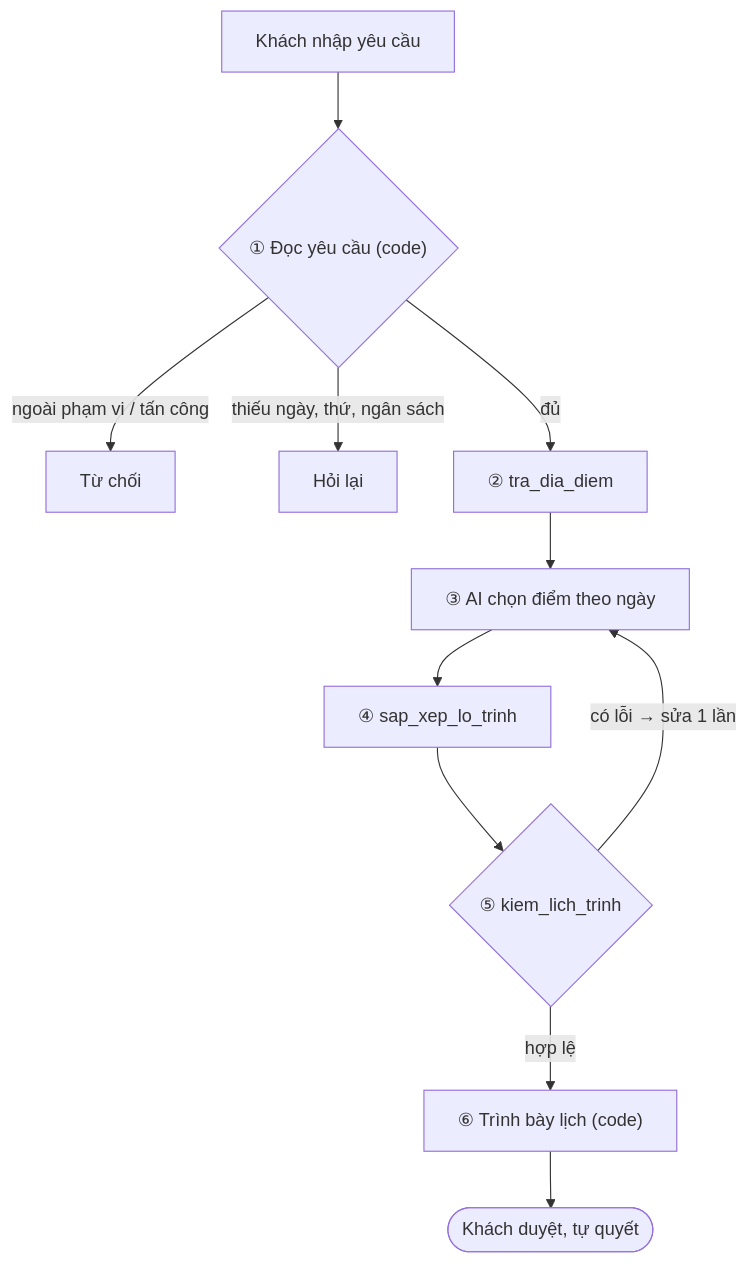
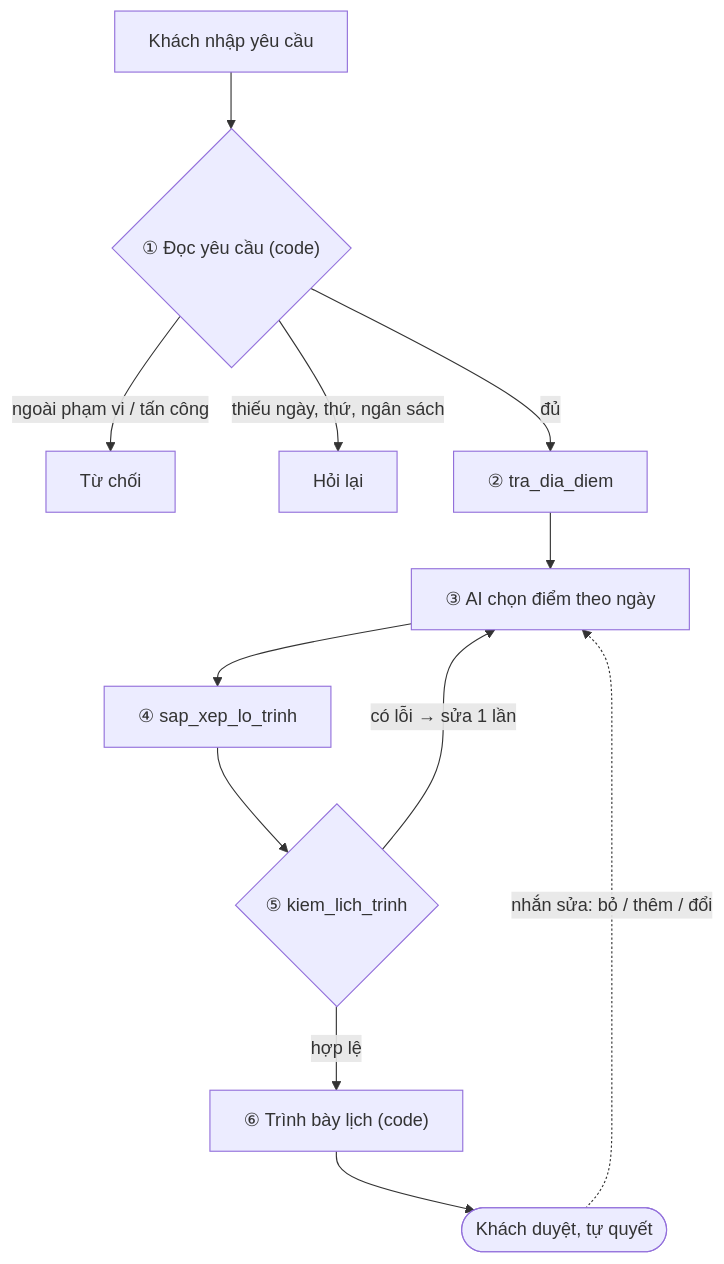
The diagram in spec.md (Teddyy1101/K5-Day15-L3A-NTTL), drawn with Mermaid before and after one commit. The commit also changed other lines of this file and 4 other files, not shown here.

````diff
--- a/spec.md
+++ b/spec.md
@@ -54,13 +55,14 @@
 ```mermaid
 flowchart TD
     U["Khách nhập yêu cầu"] --> P{"① Đọc yêu cầu (code)"}
     P -->|"ngoài phạm vi / tấn công"| R["Từ chối"]
     P -->|"thiếu ngày, thứ, ngân sách"| Q["Hỏi lại"]
     P -->|"đủ"| T["② tra_dia_diem"]
     T --> AI["③ AI chọn điểm theo ngày"]
     AI --> S["④ sap_xep_lo_trinh"]
     S --> K{"⑤ kiem_lich_trinh"}
     K -->|"có lỗi → sửa 1 lần"| AI
     K -->|"hợp lệ"| O["⑥ Trình bày lịch (code)"]
     O --> H(["Khách duyệt, tự quyết"])
+    H -.->|"nhắn sửa: bỏ / thêm / đổi"| AI
 ```
````
